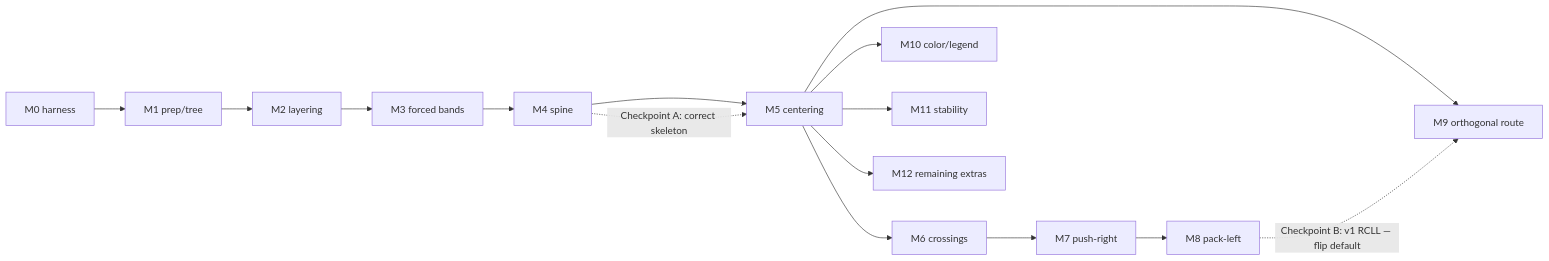
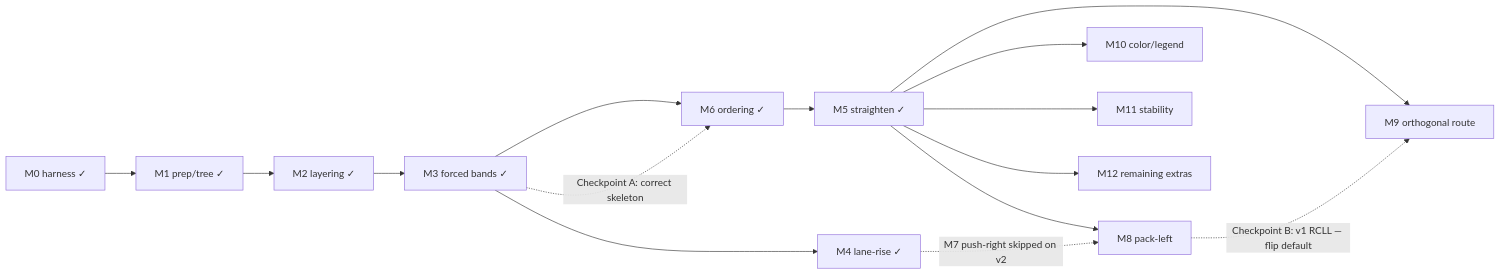
The fourth of 13 diagrams in docs/pipeline-rcll-layout-design.md (excalidraw/excalidraw), drawn with Mermaid before and after one commit. The commit also changed other lines of this file and 4 other files, not shown here.

````diff
--- a/docs/pipeline-rcll-layout-design.md
+++ b/docs/pipeline-rcll-layout-design.md
@@ -1142,12 +1145,15 @@
 ```mermaid
 flowchart LR
-  M0["M0 harness"] --> M1["M1 prep/tree"] --> M2["M2 layering"] --> M3["M3 forced bands"] --> M4["M4 spine"]
-  M4 --> M5["M5 centering"]
-  M5 --> M6["M6 crossings"] --> M7["M7 push-right"] --> M8["M8 pack-left"]
+  M0["M0 harness ✓"] --> M1["M1 prep/tree ✓"] --> M2["M2 layering ✓"] --> M3["M3 forced bands ✓"]
+  M3 --> M4["M4 lane-rise ✓"]
+  M3 --> M6["M6 ordering ✓"]
+  M6 --> M5["M5 straighten ✓"]
+  M5 --> M8["M8 pack-left"]
   M5 --> M9["M9 orthogonal route"]
   M5 --> M10["M10 color/legend"]
   M5 --> M11["M11 stability"]
   M5 --> M12["M12 remaining extras"]
-  M4 -. "Checkpoint A: correct skeleton" .-> M5
+  M3 -. "Checkpoint A: correct skeleton" .-> M6
+  M4 -. "M7 push-right skipped on v2" .-> M8
   M8 -. "Checkpoint B: v1 RCLL — flip default" .-> M9
 ```
````
